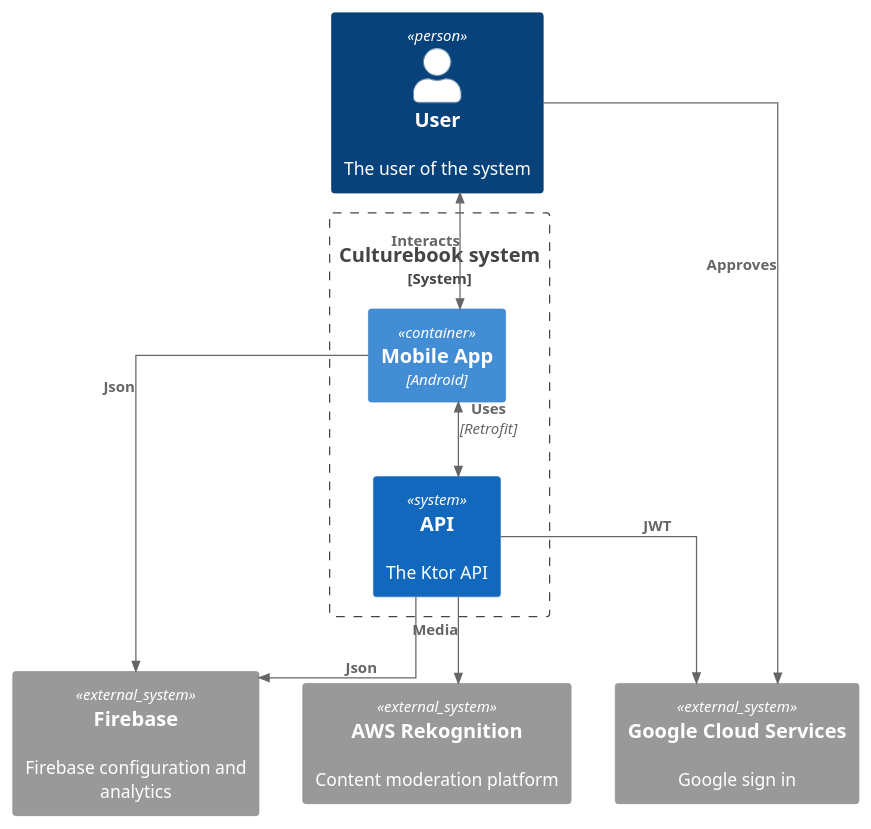
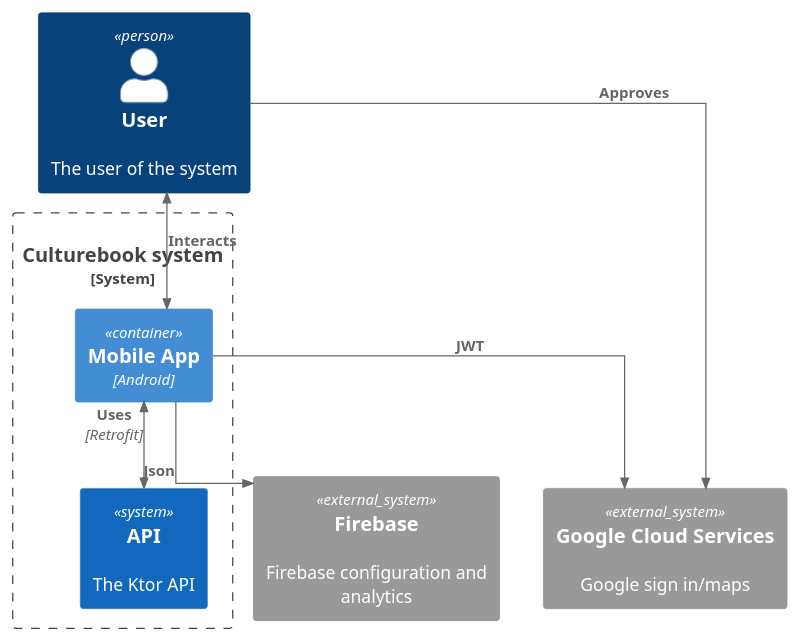
Before and after one commit to Culture-Book/docs: the diagram in c1.puml, drawn with PlantUML. The commit also changed 12 other files, not shown here.

Commit message:
diagrams update and logo update

```diff
--- a/c1.puml
+++ b/c1.puml
@@ -1,37 +1,35 @@
 @startuml
 !include <C4/C4_Container>
 skinparam linetype ortho
 
 Person(user, "User", "The user of the system")
 
 System_Boundary(local, "Culturebook system") {
     ' Client
     Container(client, "Mobile App", "Android")
 
     ' Backend
     System(api, "API", "The Ktor API")
 }
 
 ' External systems
-System_Ext(google, "Google Cloud Services", "Google sign in")
+System_Ext(google, "Google Cloud Services", "Google sign in/maps")
 System_Ext(firebase, "Firebase", "Firebase configuration and analytics")
-System_Ext(rekognition, "AWS Rekognition", "Content moderation platform")
 
 ' Layout
 
 Lay_U(client, user)
 Lay_U(api, client)
 
 ' Api Relations
-Rel(api, rekognition, "Media")
-Rel(api, google, "JWT")
-Rel(api,firebase, "Json")
+' Rel(api, rekognition, "Media")
+Rel(client, google, "JWT")
+Rel(client, firebase, "Json")
 
 ' Client relations
-Rel(client,firebase, "Json")
 BiRel(client, api, "Uses", "Retrofit")
 
 ' User relations
 BiRel(user, client, "Interacts")
 Rel(user, google, "Approves")
 @enduml
```
